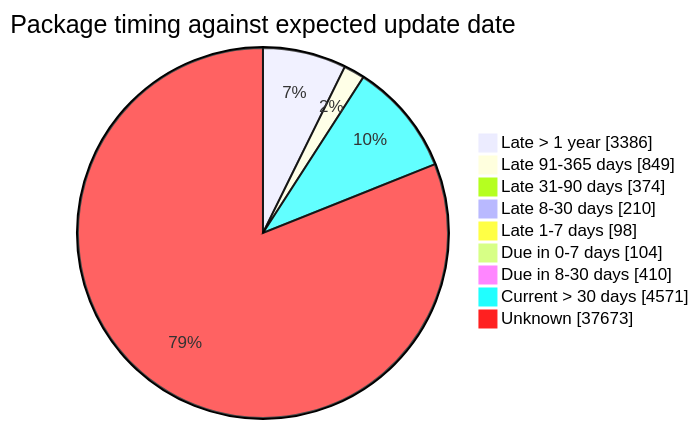
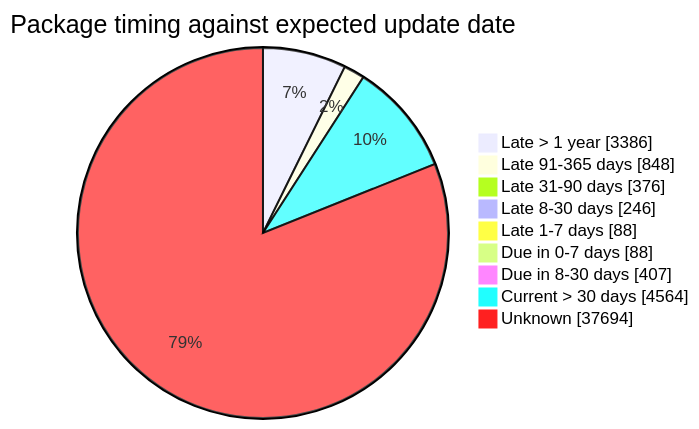
One commit to open-data/analytics-corporate-reporting changed the fourth of 5 diagrams in FreshCheck/README.md. Above: the diagram before and after it, drawn with Mermaid. The commit also changed other lines of this file and 3 other files, not shown here.

````diff
--- a/FreshCheck/README.md
+++ b/FreshCheck/README.md
@@ -86,12 +86,12 @@
 ```mermaid
 pie showData title Package timing against expected update date
     "Late > 1 year": 3386
-    "Late 91-365 days": 849
-    "Late 31-90 days": 374
-    "Late 8-30 days": 210
-    "Late 1-7 days": 98
-    "Due in 0-7 days": 104
-    "Due in 8-30 days": 410
-    "Current > 30 days": 4571
-    "Unknown": 37673
+    "Late 91-365 days": 848
+    "Late 31-90 days": 376
+    "Late 8-30 days": 246
+    "Late 1-7 days": 88
+    "Due in 0-7 days": 88
+    "Due in 8-30 days": 407
+    "Current > 30 days": 4564
+    "Unknown": 37694
 ```
````
